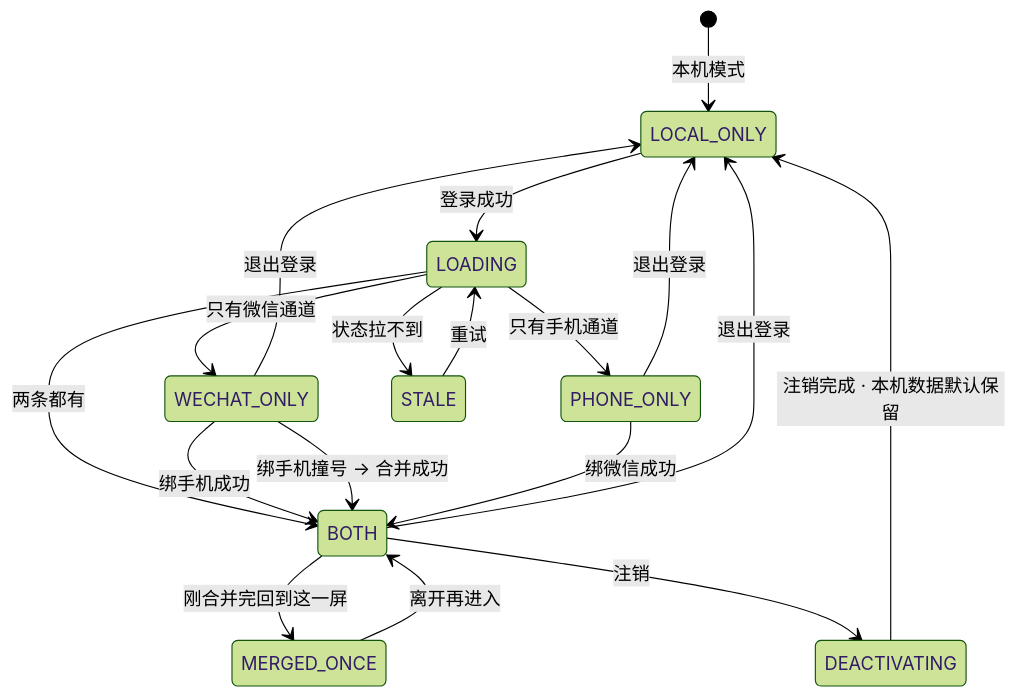
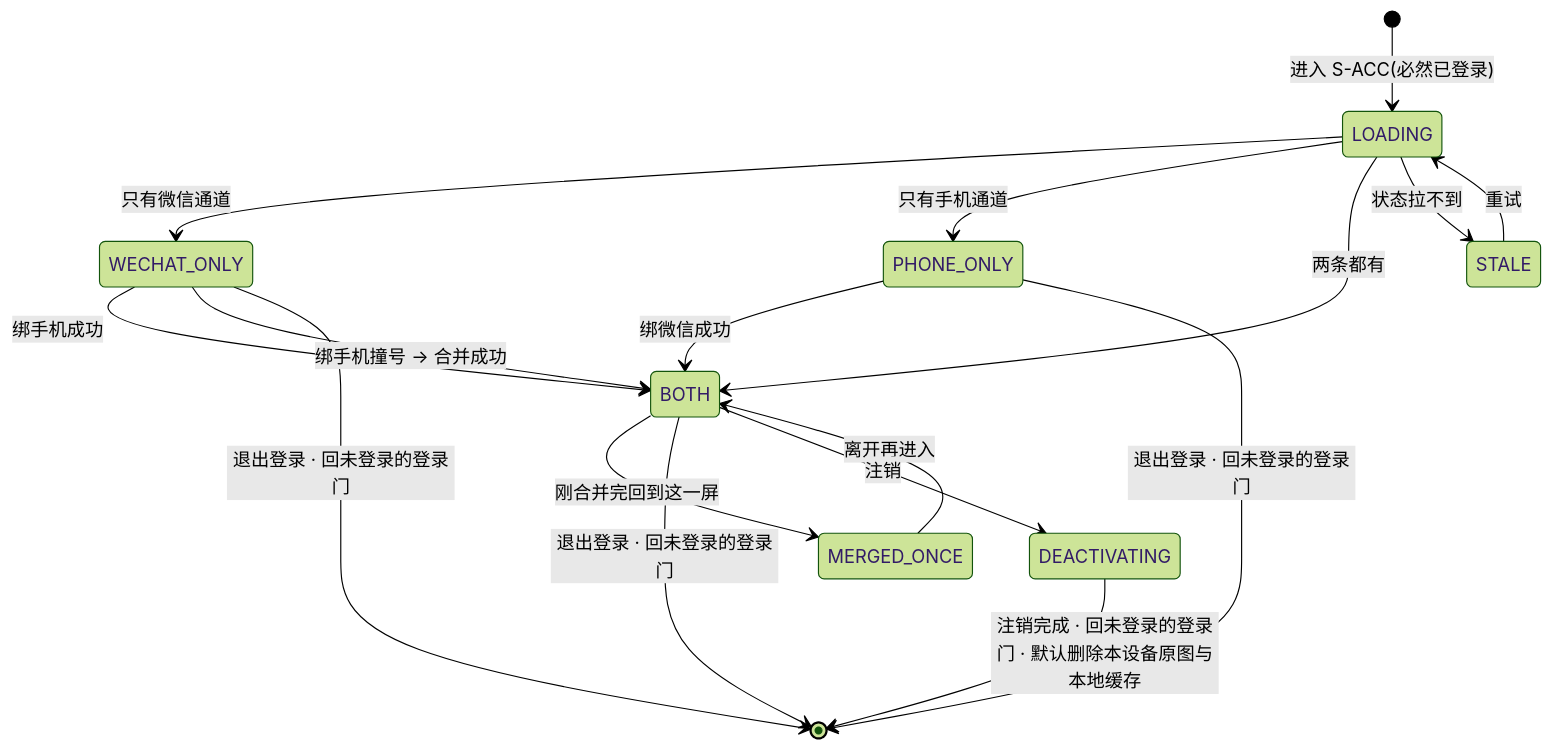
One commit to chenyuanjin/kubic changed the fifth of 11 diagrams in docs/product/specs/登录与账号.md. Above: the diagram before and after it, drawn with Mermaid (forest theme). The commit also changed other lines of this file and 15 other files, not shown here.

````diff
--- a/docs/product/specs/登录与账号.md
+++ b/docs/product/specs/登录与账号.md
@@ -543,20 +572,19 @@
 ```mermaid
 stateDiagram-v2
-    [*] --> LOCAL_ONLY : 本机模式
-    LOCAL_ONLY --> LOADING : 登录成功
+    [*] --> LOADING : 进入 S-ACC(必然已登录)
     LOADING --> WECHAT_ONLY : 只有微信通道
     LOADING --> PHONE_ONLY : 只有手机通道
     LOADING --> BOTH : 两条都有
     LOADING --> STALE : 状态拉不到
     STALE --> LOADING : 重试
     WECHAT_ONLY --> BOTH : 绑手机成功
     WECHAT_ONLY --> BOTH : 绑手机撞号 → 合并成功
     PHONE_ONLY --> BOTH : 绑微信成功
     BOTH --> MERGED_ONCE : 刚合并完回到这一屏
     MERGED_ONCE --> BOTH : 离开再进入
-    PHONE_ONLY --> LOCAL_ONLY : 退出登录
-    BOTH --> LOCAL_ONLY : 退出登录
-    WECHAT_ONLY --> LOCAL_ONLY : 退出登录
+    PHONE_ONLY --> [*] : 退出登录 · 回未登录的登录门
+    BOTH --> [*] : 退出登录 · 回未登录的登录门
+    WECHAT_ONLY --> [*] : 退出登录 · 回未登录的登录门
     BOTH --> DEACTIVATING : 注销
-    DEACTIVATING --> LOCAL_ONLY : 注销完成 · 本机数据默认保留
+    DEACTIVATING --> [*] : 注销完成 · 回未登录的登录门 · 默认删除本设备原图与本地缓存
 ```
````
